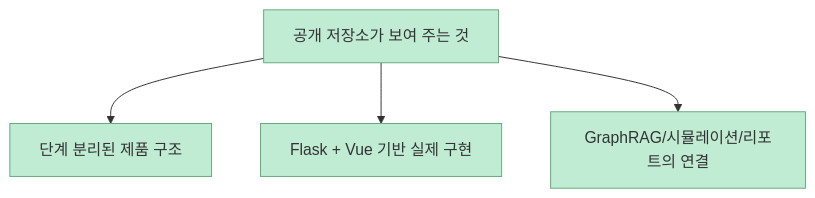
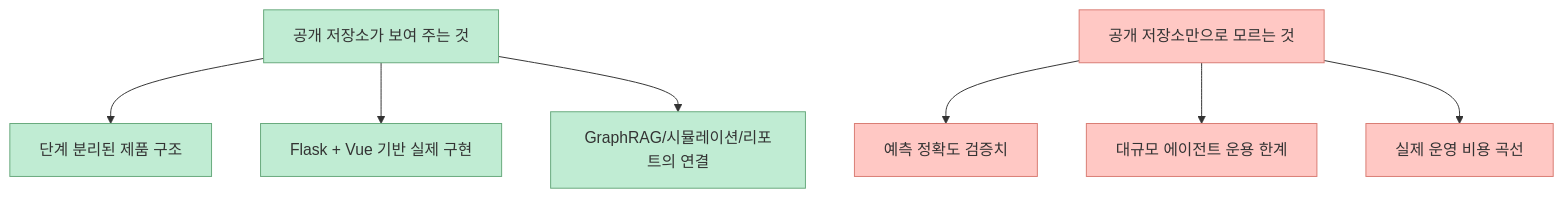
Before and after one commit to gyuha/blog: the fourth of 4 diagrams in content/post/2026/2026-03-12-mirofish-ko-swarm-intelligence-prediction-engine.md, drawn with Mermaid. The commit also changed other lines of this file, not shown here.

````diff
--- a/content/post/2026/2026-03-12-mirofish-ko-swarm-intelligence-prediction-engine.md
+++ b/content/post/2026/2026-03-12-mirofish-ko-swarm-intelligence-prediction-engine.md
@@ -160,10 +160,16 @@
 ```mermaid
 flowchart TD
     A["공개 저장소가 보여 주는 것"] --> B["단계 분리된 제품 구조"]
     A --> C["Flask + Vue 기반 실제 구현"]
     A --> D["GraphRAG/시뮬레이션/리포트의 연결"]
 
+    E["공개 저장소만으로 모르는 것"] --> F["예측 정확도 검증치"]
+    E --> G["대규모 에이전트 운용 한계"]
+    E --> H["실제 운영 비용 곡선"]
+
     classDef yes fill:#c0ecd3,stroke:#67a97c,color:#333
+    classDef no fill:#ffc8c4,stroke:#d97c73,color:#333
 
     class A,B,C,D yes
+    class E,F,G,H no
 ```
````
